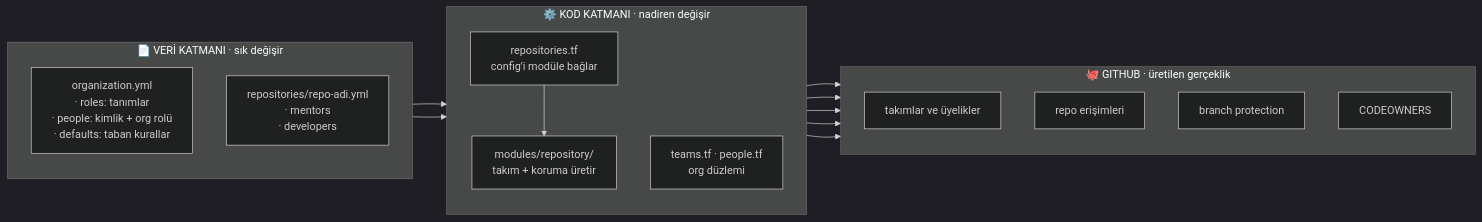
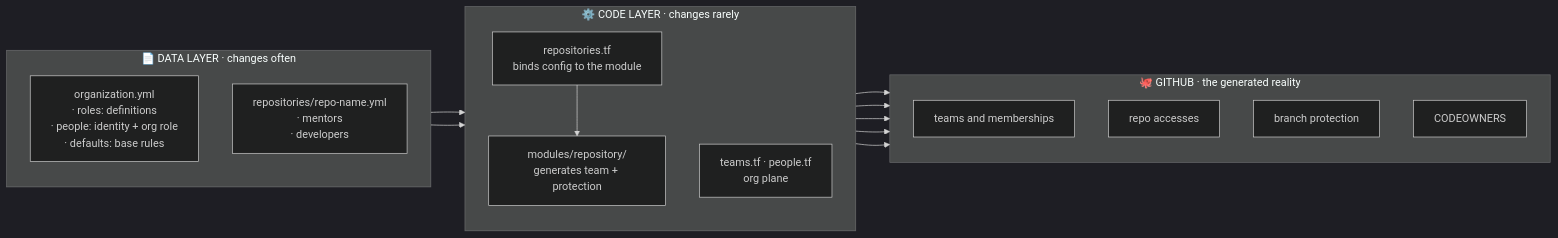
The third of 4 diagrams in docs/rbac-and-permissions.md (iceberg-pilot-test/Iceberg-GitHub-Infrastructure), drawn with Mermaid (dark theme) before and after one commit. The commit also changed other lines of this file and 21 other files, not shown here.

````diff
--- a/docs/rbac-and-permissions.md
+++ b/docs/rbac-and-permissions.md
@@ -195,32 +200,32 @@
 ```mermaid
 flowchart LR
-    subgraph CFG["📄 VERİ KATMANI · sık değişir"]
+    subgraph CFG["📄 DATA LAYER · changes often"]
         direction TB
-        C1["organization.yml<br/>· roles: tanımlar<br/>· people: kimlik + org rolü<br/>· defaults: taban kurallar"]
-        C2["repositories/repo-adi.yml<br/>· mentors<br/>· developers"]
+        C1["organization.yml<br/>· roles: definitions<br/>· people: identity + org role<br/>· defaults: base rules"]
+        C2["repositories/repo-name.yml<br/>· mentors<br/>· developers"]
     end
 
-    subgraph HCL["⚙️ KOD KATMANI · nadiren değişir"]
+    subgraph HCL["⚙️ CODE LAYER · changes rarely"]
         direction TB
-        H1["repositories.tf<br/>config'i modüle bağlar"]
-        H2["modules/repository/<br/>takım + koruma üretir"]
-        H3["teams.tf · people.tf<br/>org düzlemi"]
+        H1["repositories.tf<br/>binds config to the module"]
+        H2["modules/repository/<br/>generates team + protection"]
+        H3["teams.tf · people.tf<br/>org plane"]
     end
 
-    subgraph GH["🐙 GITHUB · üretilen gerçeklik"]
+    subgraph GH["🐙 GITHUB · the generated reality"]
         direction TB
-        G1["takımlar ve üyelikler"]
-        G2["repo erişimleri"]
+        G1["teams and memberships"]
+        G2["repo accesses"]
         G3["branch protection"]
         G4["CODEOWNERS"]
     end
 
     C1 --> H1
     C2 --> H1
     H1 --> H2
     H2 --> G1
     H2 --> G2
     H2 --> G3
     H2 --> G4
     H3 --> G1
 ```
````
